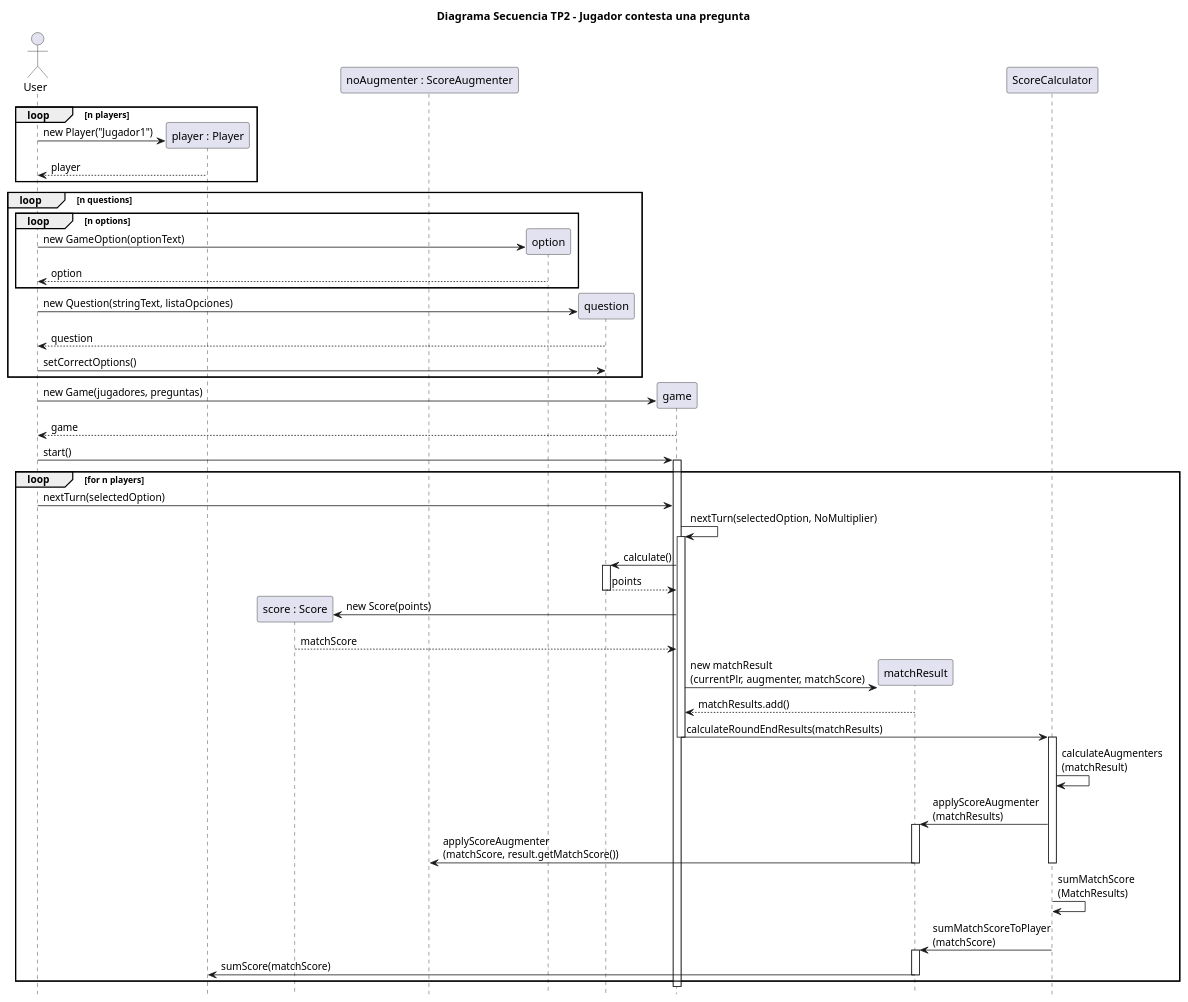
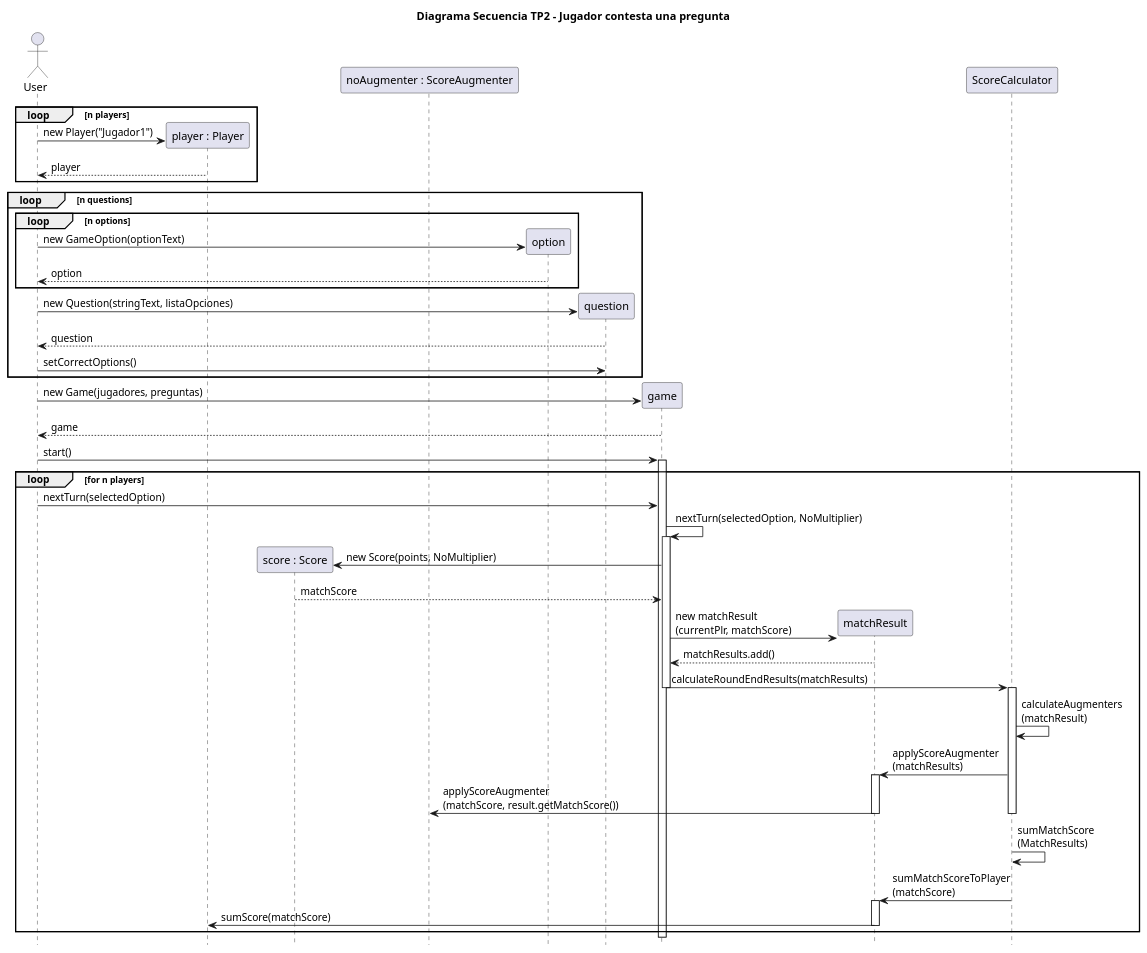
One commit to GEscandar/TP2-Kahoot changed the diagram in docs/DiagramaSecuencia-ConestarPregunta.plantuml. Above: the diagram before and after it, drawn with PlantUML. The commit also changed 5 other files, not shown here.

```diff
--- a/docs/DiagramaSecuencia-ConestarPregunta.plantuml
+++ b/docs/DiagramaSecuencia-ConestarPregunta.plantuml
@@ -1,64 +1,59 @@
 @startuml
 
 actor User
 title Diagrama Secuencia TP2 - Jugador contesta una pregunta
 hide footbox
 
 participant "player : Player" as player
 participant "score : Score" as score
 participant "noAugmenter : ScoreAugmenter" as noMultiplier
 
 loop n players
 User -> player ** : new Player("Jugador1")
 player --> User : player
 end loop
 
 loop n questions 
 loop n options 
 User -> option ** : new GameOption(optionText)
 option --> User : option
 end loop
 User -> question ** : new Question(stringText, listaOpciones)
 question --> User : question
 User -> question : setCorrectOptions()
 end loop
 
 User -> game ** : new Game(jugadores, preguntas)
 game --> User : game
 User -> game : start()
 activate game
 
 loop for n players
 User -> game : nextTurn(selectedOption)
 game-> game : nextTurn(selectedOption, NoMultiplier)
 activate game
 
-game -> question : calculate()
-activate question
-question --> game : points
-deactivate question
-
-game -> score** : new Score(points)
+game -> score** : new Score(points, NoMultiplier)
 score --> game : matchScore
 
-game -> matchResult** : new matchResult\n(currentPlr, augmenter, matchScore)
+game -> matchResult** : new matchResult\n(currentPlr, matchScore)
 matchResult --> game : matchResults.add()
 
 game -> ScoreCalculator : calculateRoundEndResults(matchResults)
 deactivate game
 activate ScoreCalculator
 ScoreCalculator -> ScoreCalculator : calculateAugmenters\n(matchResult)
 ScoreCalculator -> matchResult : applyScoreAugmenter\n(matchResults)
 activate matchResult
 matchResult -> noMultiplier : applyScoreAugmenter\n(matchScore, result.getMatchScore()) 
 deactivate matchResult
 deactivate ScoreCalculator
 ScoreCalculator -> ScoreCalculator : sumMatchScore\n(MatchResults)
 ScoreCalculator -> matchResult : sumMatchScoreToPlayer\n(matchScore)
 activate matchResult
 matchResult -> player : sumScore(matchScore)
 deactivate matchResult
 end loop
 deactivate game
 
 @enduml
```
